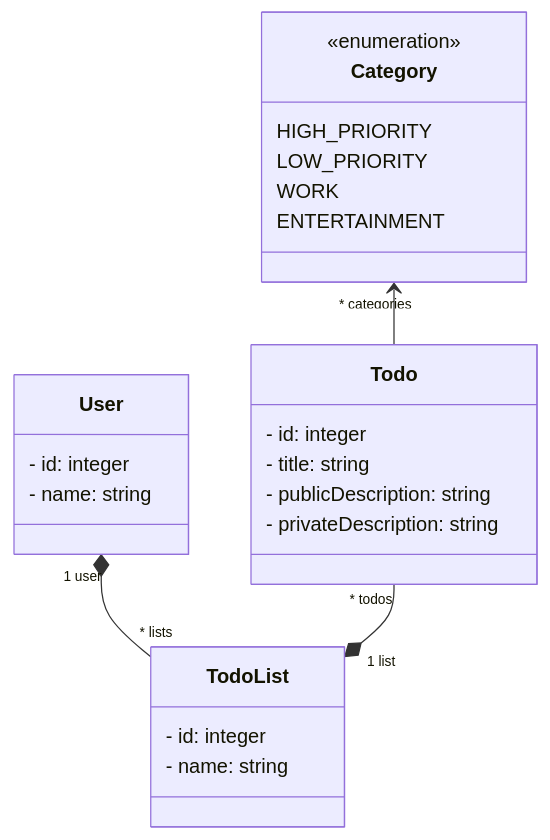
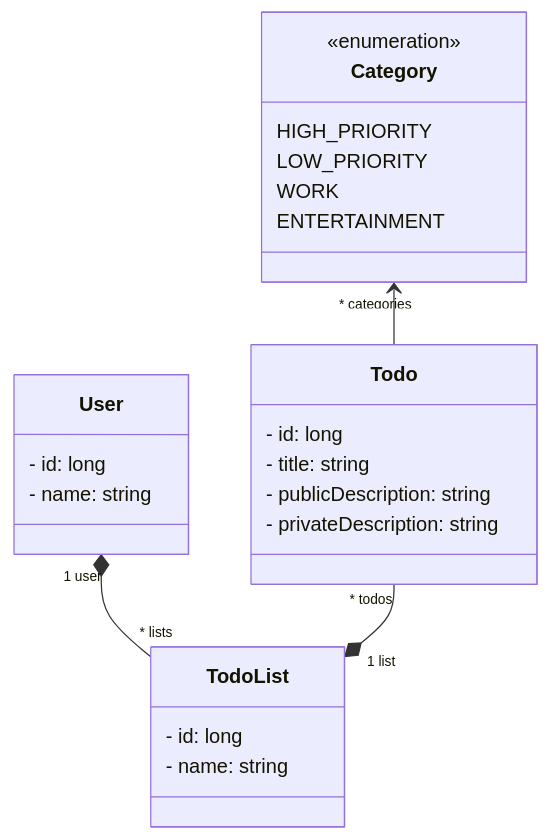
The diagram in tp-spring/README.md (arnobl/WebEngineering-INSA), drawn with Mermaid before and after one commit. The commit also changed other lines of this file and 5 other files, not shown here.

````diff
--- a/tp-spring/README.md
+++ b/tp-spring/README.md
@@ -30,28 +30,28 @@
 ```mermaid
 classDiagram
     class User {
-        - id: integer
+        - id: long
         - name: string
     }
     class TodoList {
-        - id: integer
+        - id: long
         - name: string
     }
     class Todo {
-        - id: integer
+        - id: long
         - title: string
         - publicDescription: string
         - privateDescription: string
     }
     class Category {
         <<enumeration>>
 
         HIGH_PRIORITY
         LOW_PRIORITY
         WORK
         ENTERTAINMENT
     }
     User "1 user" *-- "* lists" TodoList
     Todo "* todos" --* "1 list" TodoList
     Category "* categories" <-- Todo
 ```
````
